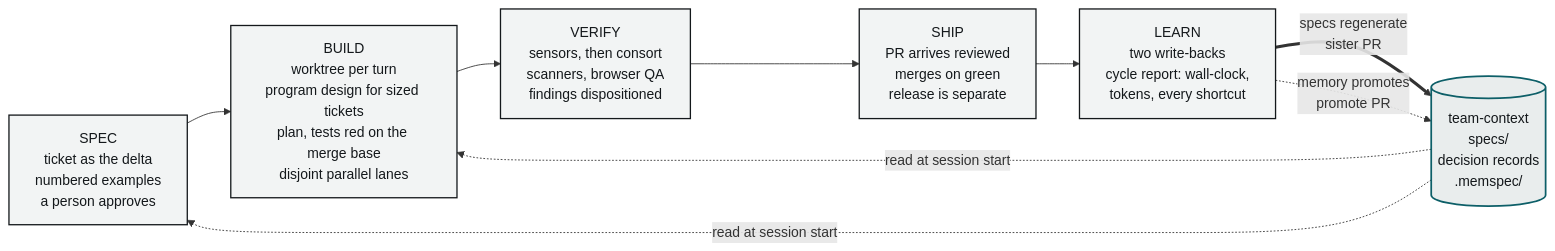
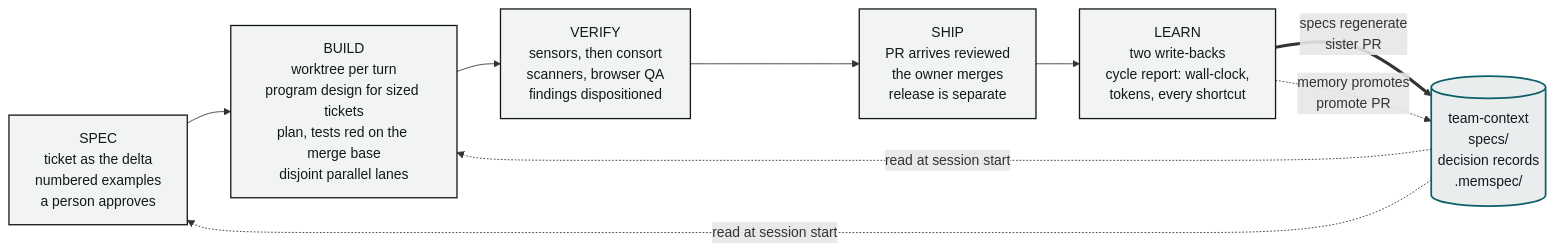
One commit to siimvene/software-factory changed the diagram in docs/02-loop.md. Above: the diagram before and after it, drawn with Mermaid. The commit also changed other lines of this file and 16 other files, not shown here.

First line of the commit message:
docs: merge on green is operator-local; the reference design keeps the owner merge (adr 0014 withdrawn)

````diff
--- a/docs/02-loop.md
+++ b/docs/02-loop.md
@@ -7,20 +7,20 @@
 ```mermaid
 flowchart LR
     SPEC["SPEC<br/>ticket as the delta<br/>numbered examples<br/>a person approves"]
     BUILD["BUILD<br/>worktree per turn<br/>program design for sized tickets<br/>plan, tests red on the merge base<br/>disjoint parallel lanes"]
     VERIFY["VERIFY<br/>sensors, then consort<br/>scanners, browser QA<br/>findings dispositioned"]
-    SHIP["SHIP<br/>PR arrives reviewed<br/>merges on green<br/>release is separate"]
+    SHIP["SHIP<br/>PR arrives reviewed<br/>the owner merges<br/>release is separate"]
     LEARN["LEARN<br/>two write-backs<br/>cycle report: wall-clock,<br/>tokens, every shortcut"]
     HUB[("team-context<br/>specs/<br/>decision records<br/>.memspec/")]
 
     SPEC --> BUILD --> VERIFY --> SHIP --> LEARN
     LEARN == "specs regenerate<br/>sister PR" ==> HUB
     LEARN -. "memory promotes<br/>promote PR" .-> HUB
     HUB -. "read at session start" .-> SPEC
     HUB -. "read at session start" .-> BUILD
 
     classDef stage fill:#f2f4f4,stroke:#14181b,stroke-width:1.5px,color:#14181b;
     classDef hub fill:#e9eded,stroke:#0d5f68,stroke-width:2px,color:#14181b;
     class SPEC,BUILD,VERIFY,SHIP,LEARN stage;
     class HUB hub;
 ```
````
